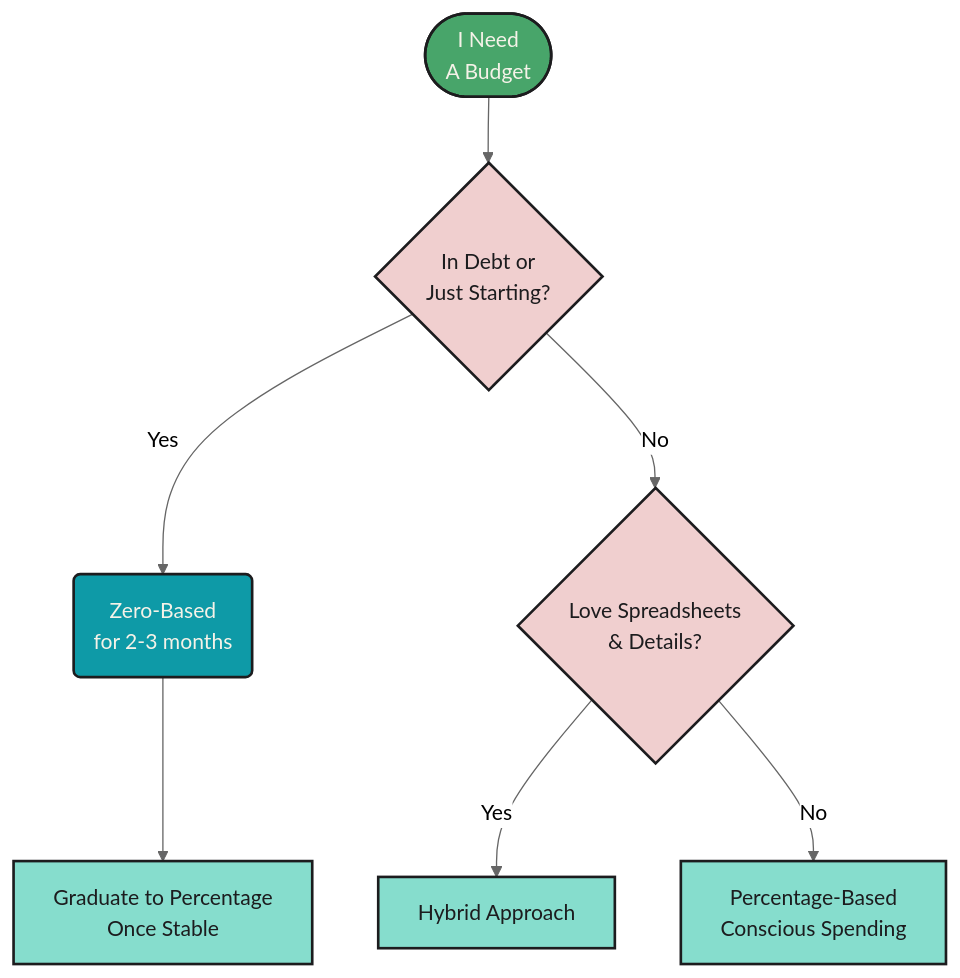
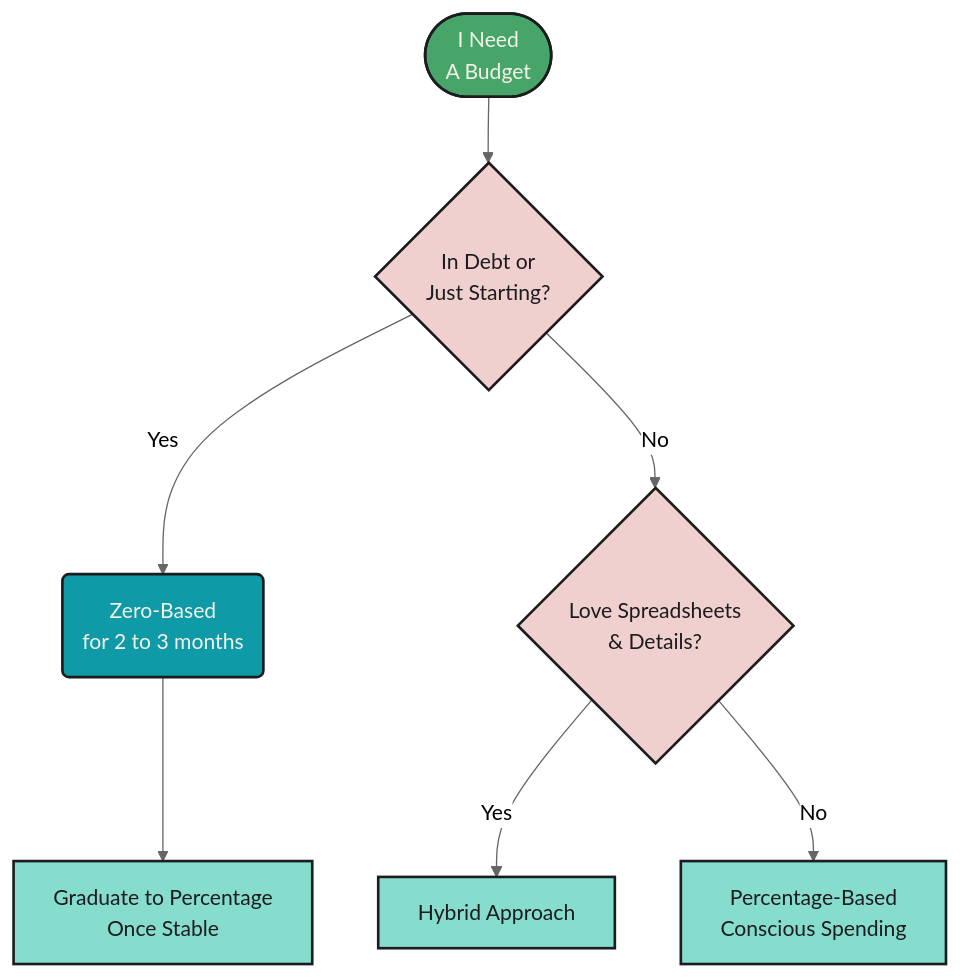
One commit to mjfrigaard/fm-finance changed the second of 4 diagrams in budgeting.qmd. Above: the diagram before and after it, drawn with Mermaid. The commit also changed other lines of this file and 22 other files, not shown here.

````diff
--- a/budgeting.qmd
+++ b/budgeting.qmd
@@ -173,22 +177,22 @@
 ```{mermaid}
 %%| fig-cap: 'Which Budget To Choose?'
 %%| fig-align: center
 %%{init: {'theme': 'neutral', 'themeVariables': { 'fontFamily': 'monospace', "darkMode":false, "fontSize":"16px"}}}%%
 
 flowchart TD
     Choose(["I Need<br>A Budget"]) --> Question1{"In Debt or<br/>Just Starting?"}
-    Question1 -->|"Yes"| ZeroBased("Zero-Based<br/>for 2-3 months")
+    Question1 -->|"Yes"| ZeroBased("Zero-Based<br/>for 2 to 3 months")
     Question1 -->|"No"| Question2{"Love Spreadsheets<br/>& Details?"}
     Question2 -->|"Yes"| Hybrid["Hybrid Approach"]
     Question2 -->|"No"| Percentage["Percentage-Based<br/>Conscious Spending"]
     ZeroBased --> Eventually["Graduate to Percentage<br/>Once Stable"]
     
     
     style Choose fill:#48a56a,color:#F5F2E8,stroke:#1C1C1E,stroke-width:2px
     style Question1 fill:#f0cfcf,color:#1C1C1E,stroke:#1C1C1E,stroke-width:2px
     style Question2 fill:#f0cfcf,color:#1C1C1E,stroke:#1C1C1E,stroke-width:2px
     style ZeroBased fill:#0e9aa7,color:#F5F2E8,stroke:#1C1C1E,stroke-width:2px
     style Hybrid fill:#86ddcd,color:#1C1C1E,stroke:#1C1C1E,stroke-width:2px
     style Percentage fill:#86ddcd,color:#1C1C1E,stroke:#1C1C1E,stroke-width:2px
     style Eventually fill:#86ddcd,color:#1C1C1E,stroke:#1C1C1E,stroke-width:2px
 ```
````
